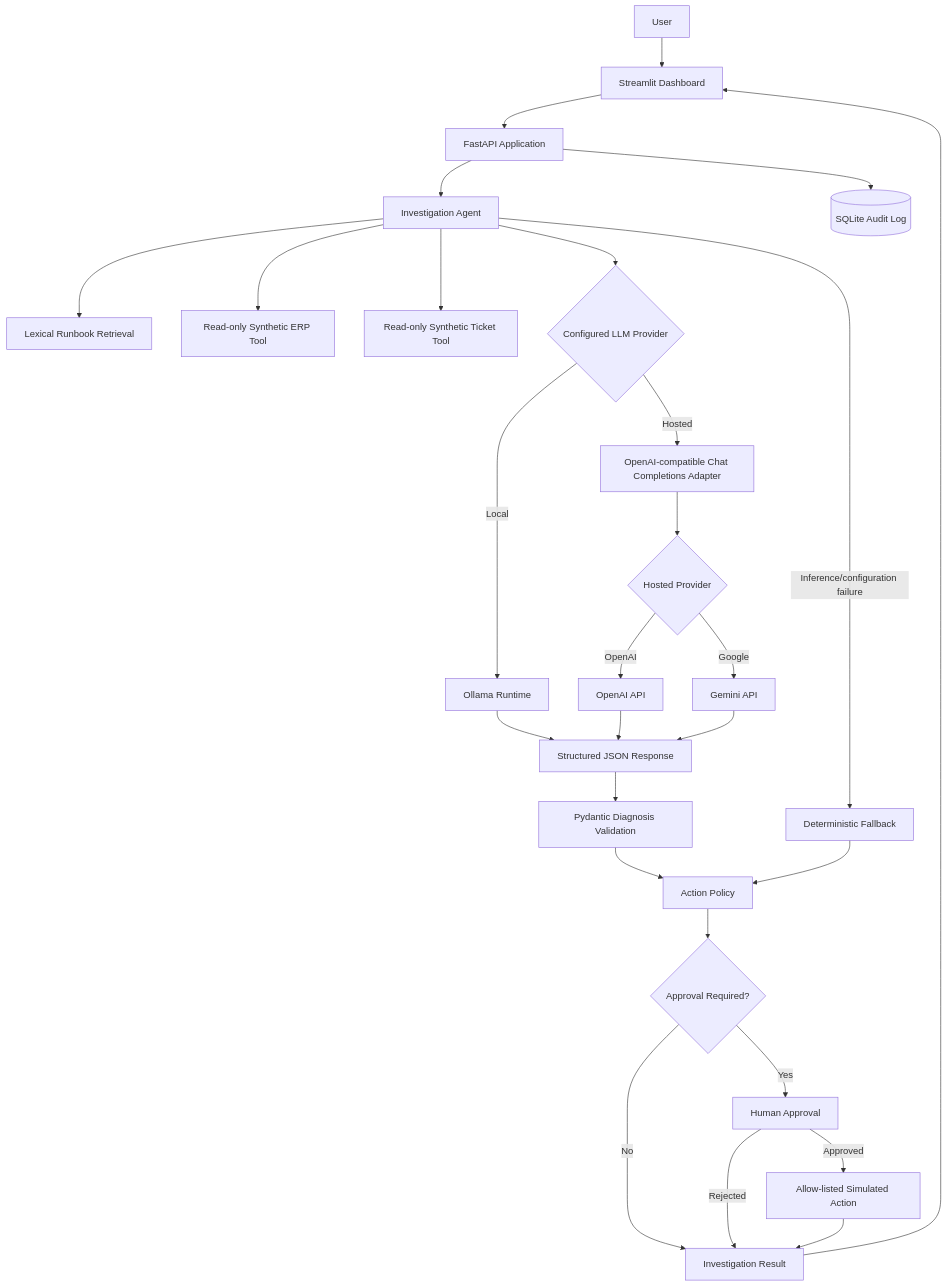
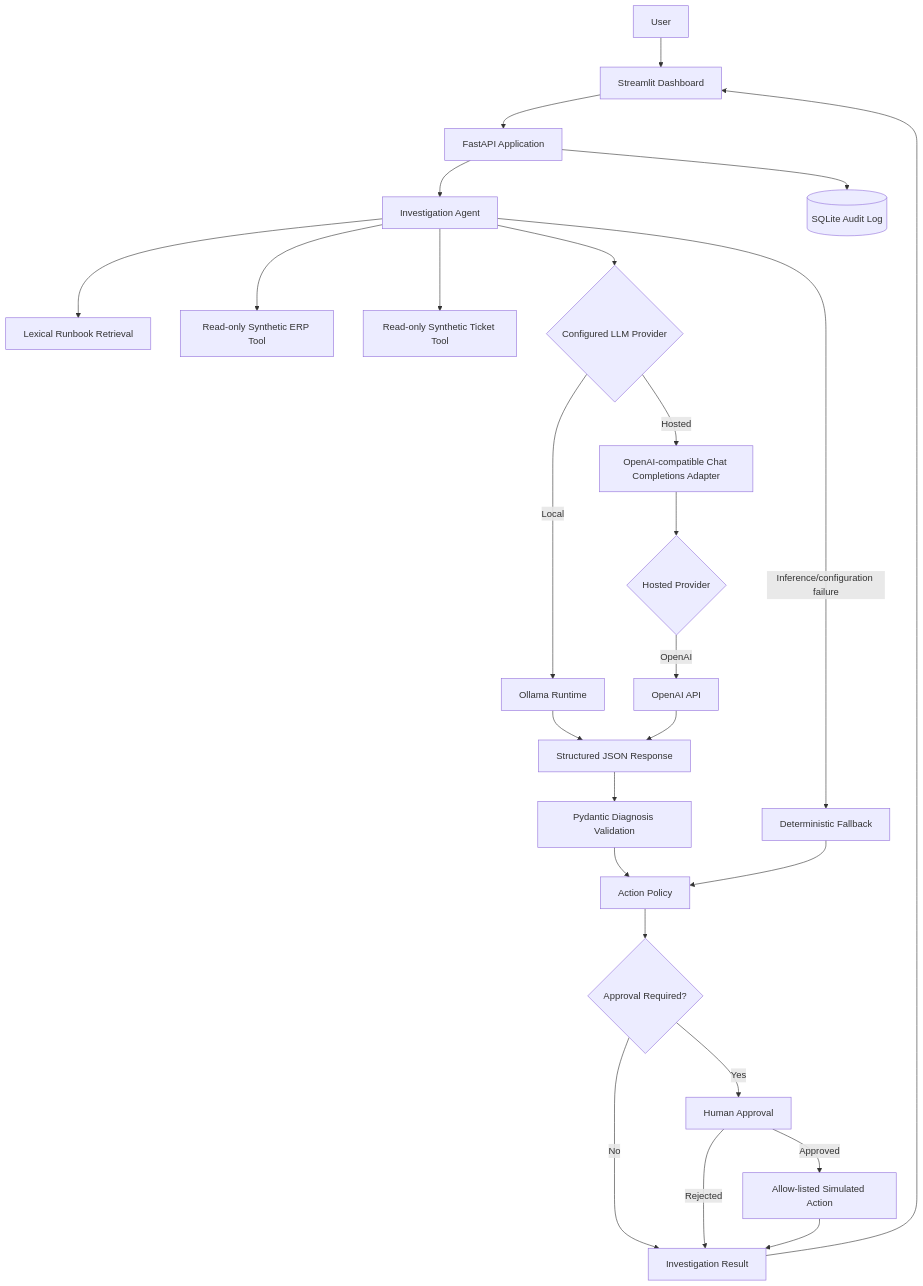
One commit to XXJanusXX/OpsFlow changed the diagram in README.md. Above: the diagram before and after it, drawn with Mermaid. The commit also changed other lines of this file, not shown here.

Commit message:
docs: add hosted API key and deployment setup

````diff
--- a/README.md
+++ b/README.md
@@ -11,38 +11,36 @@
 ```mermaid
 flowchart TD
     U[User] --> UI[Streamlit Dashboard]
     UI --> API[FastAPI Application]
     API --> AGENT[Investigation Agent]
 
     AGENT --> RET[Lexical Runbook Retrieval]
     AGENT --> ERP[Read-only Synthetic ERP Tool]
     AGENT --> TICKET[Read-only Synthetic Ticket Tool]
 
     AGENT --> SELECT{Configured LLM Provider}
 
     SELECT -->|Local| OLLAMA[Ollama Runtime]
     SELECT -->|Hosted| COMPAT[OpenAI-compatible Chat Completions Adapter]
 
     COMPAT --> HOSTED_SELECT{Hosted Provider}
     HOSTED_SELECT -->|OpenAI| OPENAI[OpenAI API]
-    HOSTED_SELECT -->|Google| GEMINI[Gemini API]
 
     OLLAMA --> PARSE[Structured JSON Response]
     OPENAI --> PARSE
-    GEMINI --> PARSE
 
     PARSE --> VALIDATE[Pydantic Diagnosis Validation]
     AGENT -->|Inference/configuration failure| FALLBACK[Deterministic Fallback]
     VALIDATE --> POLICY[Action Policy]
     FALLBACK --> POLICY
 
     POLICY --> GATE{Approval Required?}
     GATE -->|No| RESULT[Investigation Result]
     GATE -->|Yes| HUMAN[Human Approval]
     HUMAN -->|Approved| SIM[Allow-listed Simulated Action]
     HUMAN -->|Rejected| RESULT
     SIM --> RESULT
 
     API --> AUDIT[(SQLite Audit Log)]
     RESULT --> UI
 ```
````
